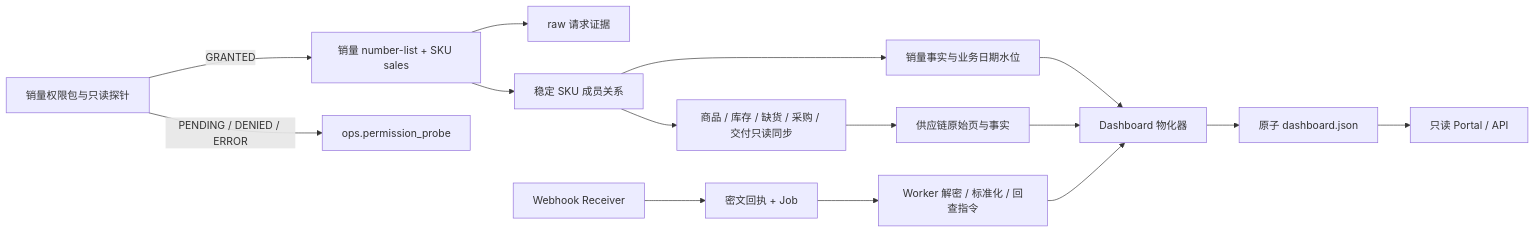
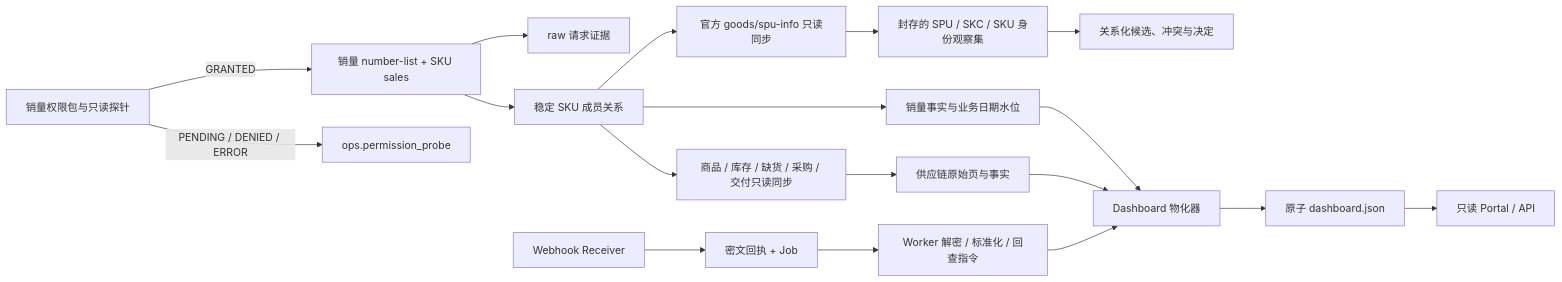
The diagram in docs/architecture.md (dushengyi1993/shein-full-managed-bi), drawn with Mermaid before and after one commit. The commit also changed other lines of this file and 31 other files, not shown here.

````diff
--- a/docs/architecture.md
+++ b/docs/architecture.md
@@ -11,17 +11,20 @@
 ```mermaid
 flowchart LR
     P["销量权限包与只读探针"] -->|GRANTED| S["销量 number-list + SKU sales"]
     P -->|PENDING / DENIED / ERROR| O["ops.permission_probe"]
     S --> R["raw 请求证据"]
     S --> D["稳定 SKU 成员关系"]
     D --> SF["销量事实与业务日期水位"]
     D --> Q["商品 / 库存 / 缺货 / 采购 / 交付只读同步"]
     Q --> RF["供应链原始页与事实"]
+    D --> GI["官方 goods/spu-info 只读同步"]
+    GI --> IO["封存的 SPU / SKC / SKU 身份观察集"]
+    IO --> IC["关系化候选、冲突与决定"]
     WH["Webhook Receiver"] --> WR["密文回执 + Job"]
     WR --> WW["Worker 解密 / 标准化 / 回查指令"]
     SF --> M["Dashboard 物化器"]
     RF --> M
     WW --> M
     M --> J["原子 dashboard.json"]
     J --> BI["只读 Portal / API"]
 ```
````
